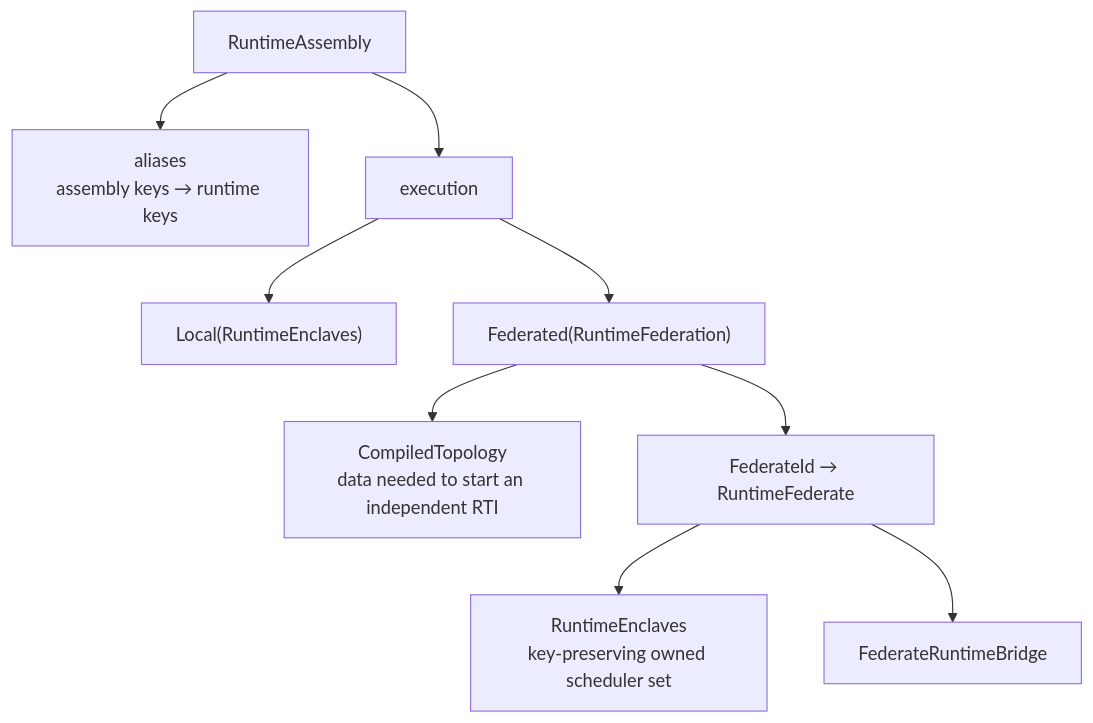
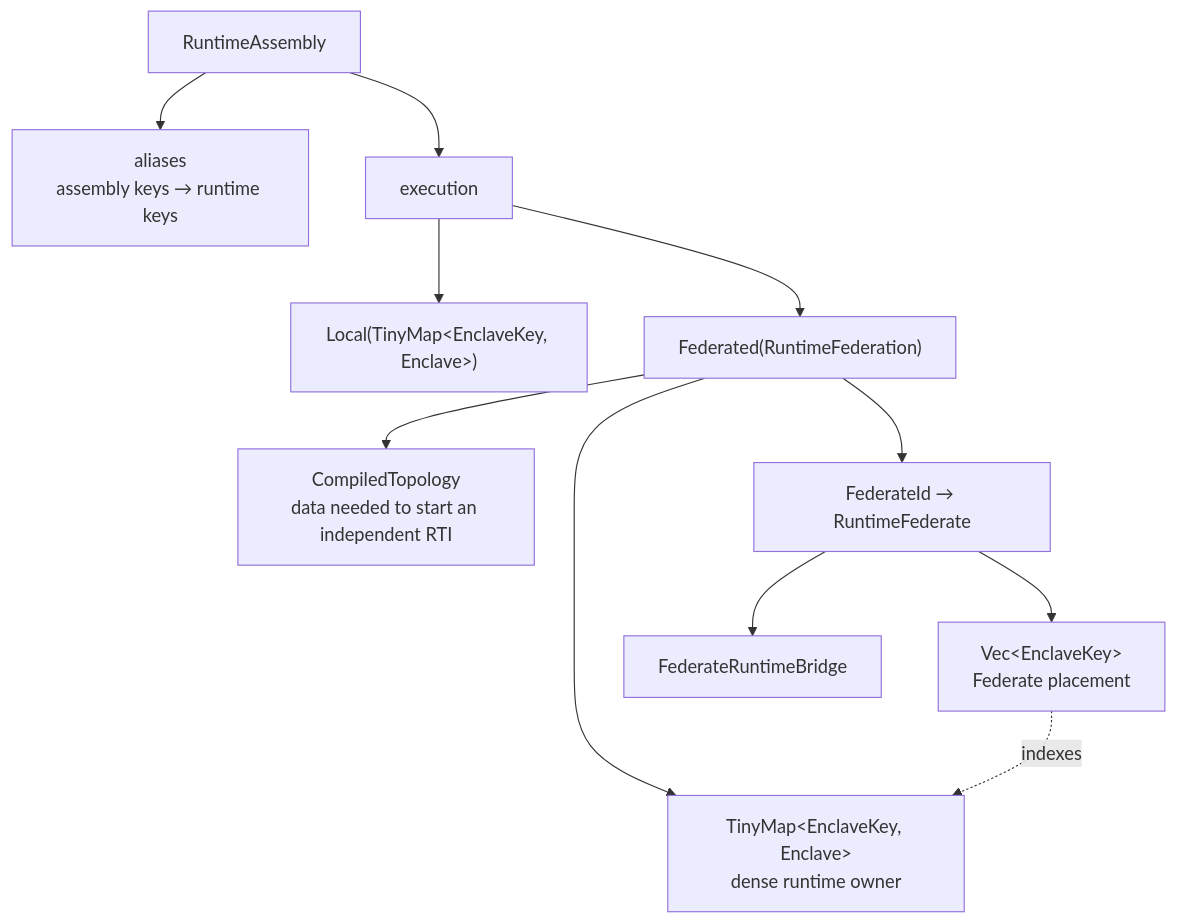
Before and after one commit to jondo2010/boomerang: the second of 2 diagrams in docs/federated-runtime.md, drawn with Mermaid. The commit also changed other lines of this file and 5 other files, not shown here.

Commit message:
docs: clarify federated enclave ownership

````diff
--- a/docs/federated-runtime.md
+++ b/docs/federated-runtime.md
@@ -51,21 +51,24 @@
 ```mermaid
 flowchart TB
     runtime_assembly["RuntimeAssembly"]
     aliases["aliases<br/>assembly keys → runtime keys"]
     execution["execution"]
-    local["Local(RuntimeEnclaves)"]
+    local["Local(TinyMap&lt;EnclaveKey, Enclave&gt;)"]
     federated["Federated(RuntimeFederation)"]
     topology["CompiledTopology<br/>data needed to start an independent RTI"]
     runtime_federates["FederateId → RuntimeFederate"]
-    runtime_enclaves["RuntimeEnclaves<br/>key-preserving owned scheduler set"]
+    runtime_enclaves["TinyMap&lt;EnclaveKey, Enclave&gt;<br/>dense runtime owner"]
+    enclave_keys["Vec&lt;EnclaveKey&gt;<br/>Federate placement"]
     bridge["FederateRuntimeBridge"]
 
     runtime_assembly --> aliases
     runtime_assembly --> execution
     execution --> local
     execution --> federated
     federated --> topology
+    federated --> runtime_enclaves
     federated --> runtime_federates
-    runtime_federates --> runtime_enclaves
+    runtime_federates --> enclave_keys
     runtime_federates --> bridge
+    enclave_keys -. indexes .-> runtime_enclaves
 ```
````
